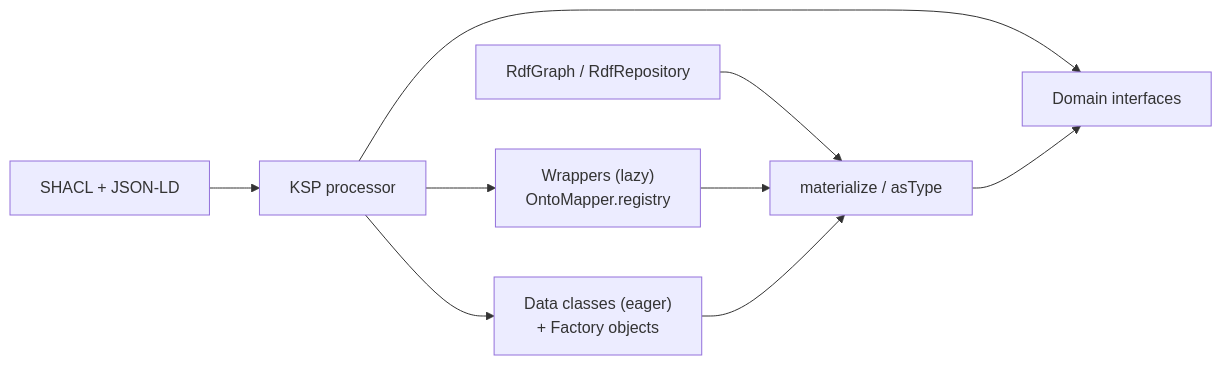
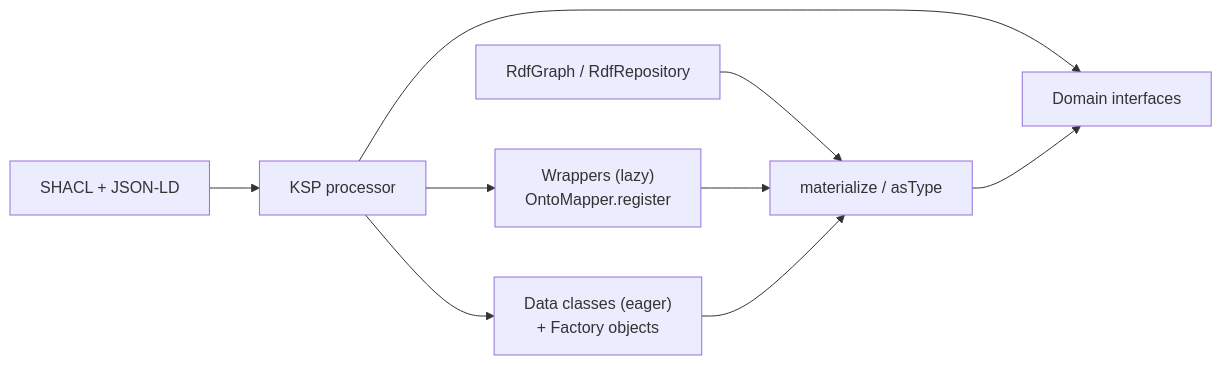
Before and after one commit to geoknoesis/kastor: the diagram in docs/kastor-gen/README.md, drawn with Mermaid. The commit also changed 6 other files, not shown here.

````diff
--- a/docs/kastor-gen/README.md
+++ b/docs/kastor-gen/README.md
@@ -54,11 +54,11 @@
 ```mermaid
 flowchart LR
   Ontology["SHACL + JSON-LD"] --> KSP["KSP processor"]
   KSP --> Dom["Domain interfaces"]
-  KSP --> Wrap["Wrappers (lazy)\nOntoMapper.registry"]
+  KSP --> Wrap["Wrappers (lazy)\nOntoMapper.register"]
   KSP --> DC["Data classes (eager)\n+ Factory objects"]
   Graph["RdfGraph / RdfRepository"] --> Mat["materialize / asType"]
   Wrap --> Mat
   DC --> Mat
   Mat --> Dom
 ```
````
